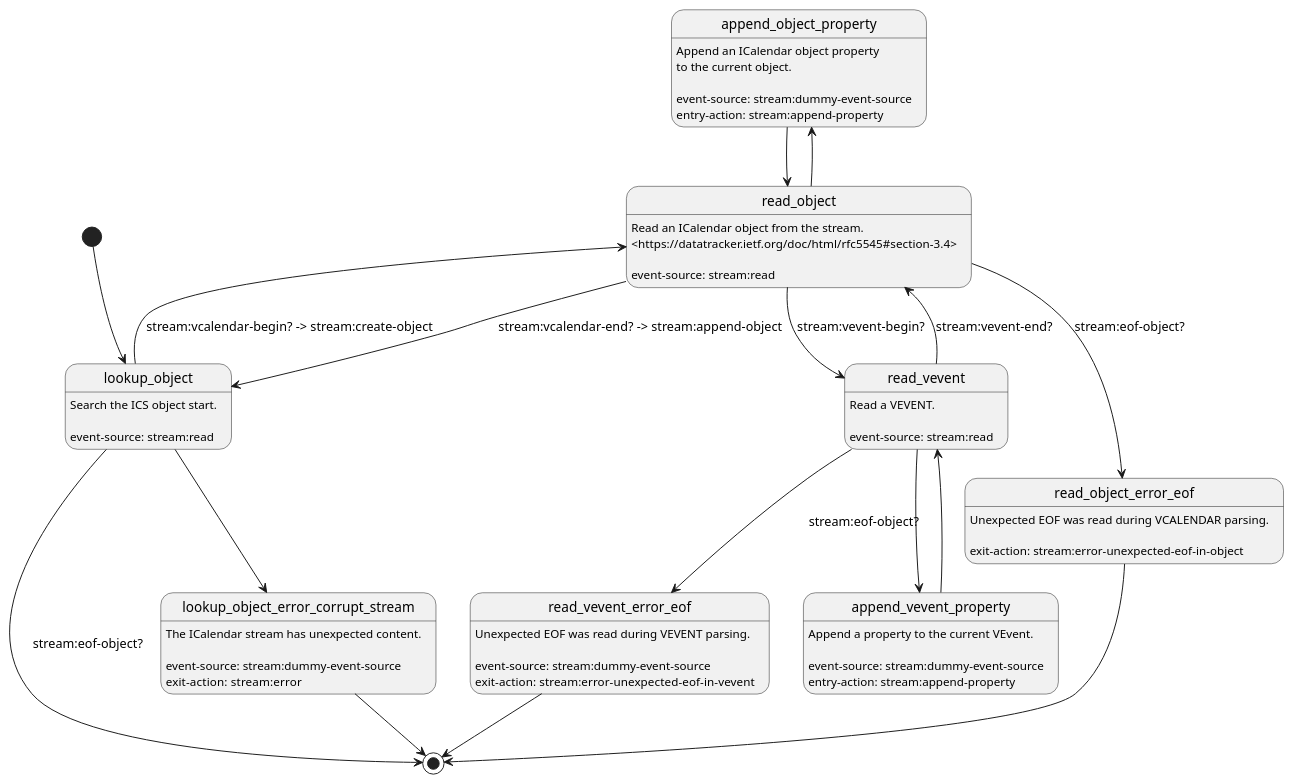
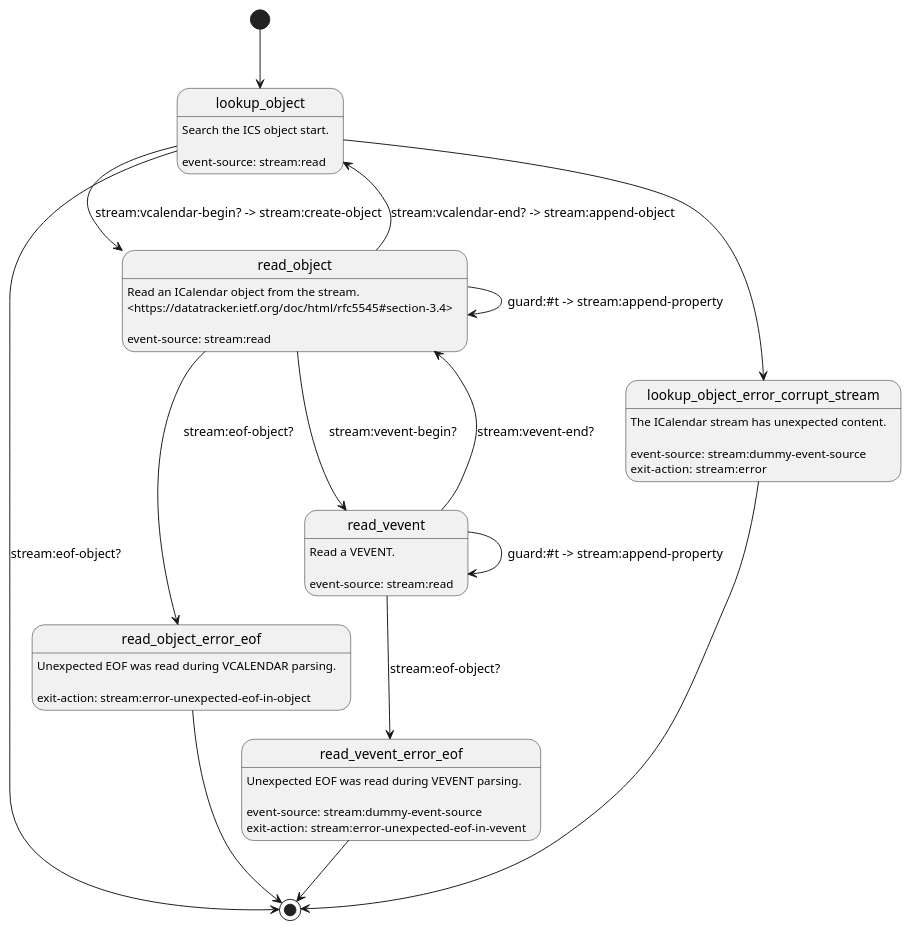
The diagram in modules/ics/fsm/stream-parser.puml (artyom-poptsov/guile-ics), drawn with PlantUML before and after one commit.

Commit message:
modules/ics/fsm/stream-parser.puml: Simplify

```diff
--- a/modules/ics/fsm/stream-parser.puml
+++ b/modules/ics/fsm/stream-parser.puml
@@ -1,57 +1,44 @@
 @startuml
 [*] --> lookup_object
 
 lookup_object: Search the ICS object start.
 lookup_object:
 lookup_object: event-source: stream:read
 lookup_object --> [*]:         stream:eof-object?
 lookup_object --> read_object: stream:vcalendar-begin? -> stream:create-object
 lookup_object --> lookup_object_error_corrupt_stream
 
 lookup_object_error_corrupt_stream: The ICalendar stream has unexpected content.
 lookup_object_error_corrupt_stream:
 lookup_object_error_corrupt_stream: event-source: stream:dummy-event-source
 lookup_object_error_corrupt_stream: exit-action:  stream:error
 lookup_object_error_corrupt_stream --> [*]
 
 read_object: Read an ICalendar object from the stream.
 read_object: <https://datatracker.ietf.org/doc/html/rfc5545#section-3.4>
 read_object:
 read_object: event-source: stream:read
 read_object --> read_object_error_eof:  stream:eof-object?
 read_object --> lookup_object:          stream:vcalendar-end? -> stream:append-object
 read_object --> read_vevent:            stream:vevent-begin?
-read_object --> append_object_property
+read_object --> read_object:            guard:#t -> stream:append-property
 
 read_object_error_eof: Unexpected EOF was read during VCALENDAR parsing.
 read_object_error_eof:
 read_object_error_eof: exit-action: stream:error-unexpected-eof-in-object
 read_object_error_eof -> [*]
 
-append_object_property: Append an ICalendar object property
-append_object_property: to the current object.
-append_object_property:
-append_object_property: event-source: stream:dummy-event-source
-append_object_property: entry-action: stream:append-property
-append_object_property -> read_object
-
 read_vevent: Read a VEVENT.
 read_vevent:
 read_vevent: event-source: stream:read
 read_vevent --> read_vevent_error_eof:  stream:eof-object?
 read_vevent --> read_object:            stream:vevent-end?
-read_vevent --> append_vevent_property
+read_vevent --> read_vevent:            guard:#t -> stream:append-property
 
 read_vevent_error_eof: Unexpected EOF was read during VEVENT parsing.
 read_vevent_error_eof:
 read_vevent_error_eof: event-source: stream:dummy-event-source
 read_vevent_error_eof: exit-action:  stream:error-unexpected-eof-in-vevent
 read_vevent_error_eof --> [*]
 
-append_vevent_property: Append a property to the current VEvent.
-append_vevent_property:
-append_vevent_property: event-source: stream:dummy-event-source
-append_vevent_property: entry-action: stream:append-property
-append_vevent_property --> read_vevent
-
 @enduml
```
